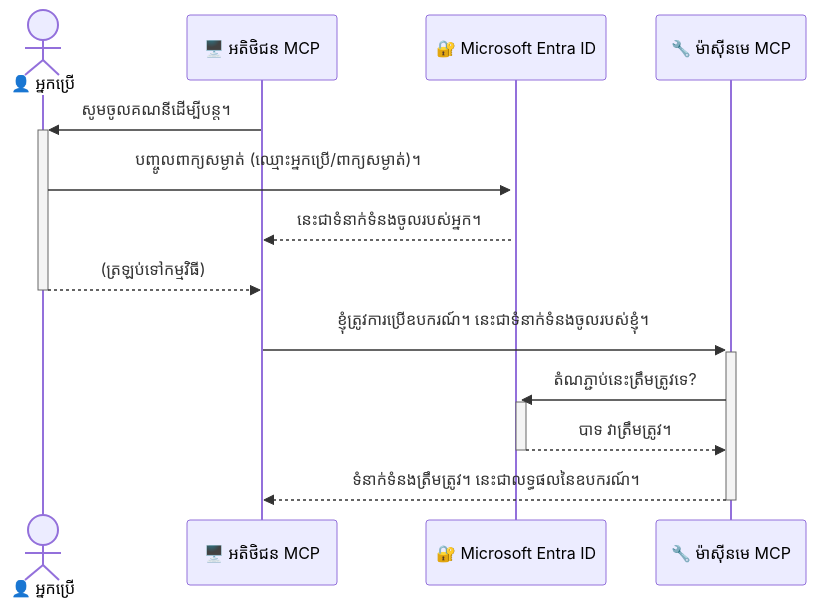
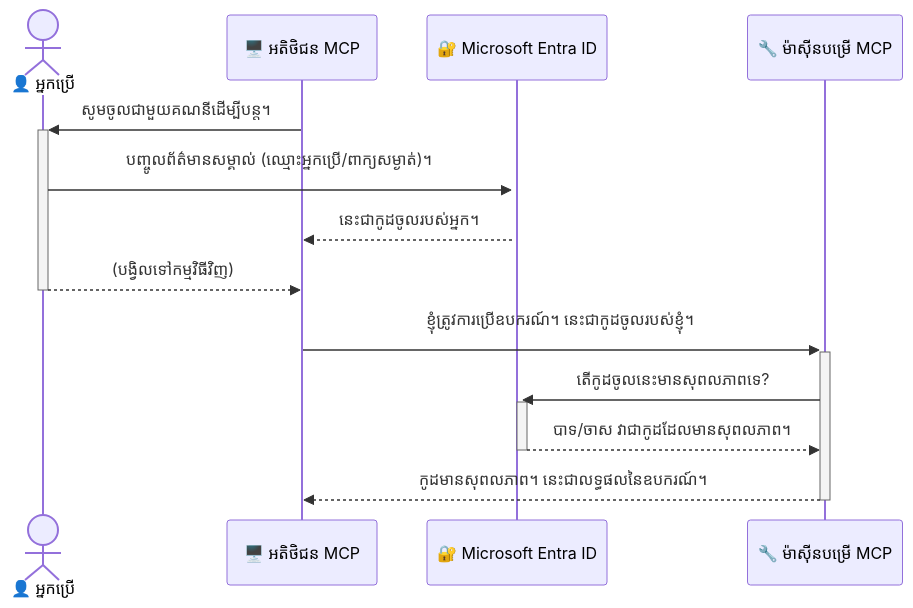
The diagram in mcp_ecosystem__model_context_protocol/mcp_learning_resources/mcp-for-beginners/translations/km/05-AdvancedTopics/mcp-security-entra/README.md (HIDORAKAI002/ai-workspace-archive), drawn with Mermaid before and after one commit. The commit also changed other lines of this file and 1539 other files, not shown here.

````diff
--- a/mcp_ecosystem__model_context_protocol/mcp_learning_resources/mcp-for-beginners/translations/km/05-AdvancedTopics/mcp-security-entra/README.md
+++ b/mcp_ecosystem__model_context_protocol/mcp_learning_resources/mcp-for-beginners/translations/km/05-AdvancedTopics/mcp-security-entra/README.md
@@ -62,17 +61,17 @@
 ```mermaid
 sequenceDiagram
     actor User as 👤 អ្នកប្រើ
     participant Client as 🖥️ អតិថិជន MCP
     participant Entra as 🔐 Microsoft Entra ID
-    participant Server as 🔧 ម៉ាស៊ីនមេ MCP
+    participant Server as 🔧 ម៉ាស៊ីនបម្រើ MCP
 
-    Client->>+User: សូមចូលគណនីដើម្បីបន្ត។
-    User->>+Entra: បញ្ចូលពាក្យសម្ងាត់ (ឈ្មោះអ្នកប្រើ/ពាក្យសម្ងាត់)។
-    Entra-->>Client: នេះជាទំនាក់ទំនងចូលរបស់អ្នក។
-    User-->>-Client: (ត្រឡប់ទៅកម្មវិធី)
+    Client->>+User: សូមចូលជាមួយគណនីដើម្បីបន្ត។
+    User->>+Entra: បញ្ចូលព័ត៌មានសម្គាល់ (ឈ្មោះអ្នកប្រើ/ពាក្យសម្ងាត់)។
+    Entra-->>Client: នេះជាកូដចូលរបស់អ្នក។
+    User-->>-Client: (បង្វិលទៅកម្មវិធីវិញ)
 
-    Client->>+Server: ខ្ញុំត្រូវការប្រើឧបករណ៍។ នេះជាទំនាក់ទំនងចូលរបស់ខ្ញុំ។
-    Server->>+Entra: តំណភ្ជាប់នេះត្រឹមត្រូវទេ?
-    Entra-->>-Server: បាទ វាត្រឹមត្រូវ។
-    Server-->>-Client: ទំនាក់ទំនងត្រឹមត្រូវ។ នេះជាលទ្ធផលនៃឧបករណ៍។
+    Client->>+Server: ខ្ញុំត្រូវការប្រើឧបករណ៍។ នេះជាកូដចូលរបស់ខ្ញុំ។
+    Server->>+Entra: តើកូដចូលនេះមានសុពលភាពទេ?
+    Entra-->>-Server: បាទ/ចាស វាជាកូដដែលមានសុពលភាព។
+    Server-->>-Client: កូដមានសុពលភាព។ នេះជាលទ្ធផលនៃឧបករណ៍។
 ```
````
